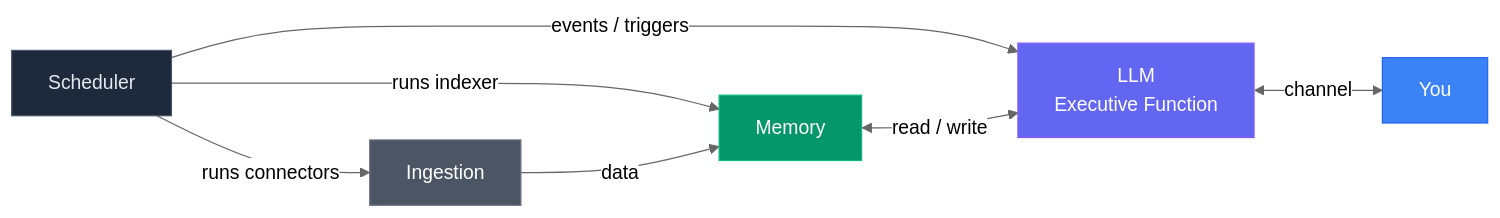
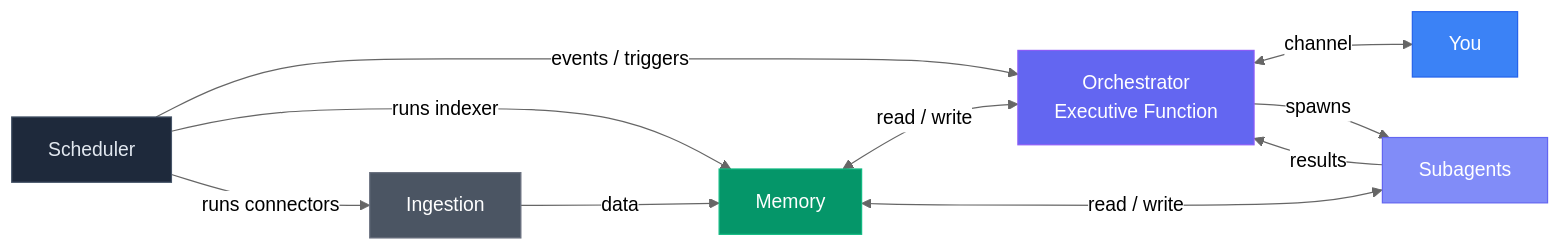
Before and after one commit to bwelker/Edwin: the diagram in README.md, drawn with Mermaid (neutral theme).

Commit message:
readme: add orchestrator/subagent pattern to cognitive model diagram
Shows the core architecture: orchestrator talks to you, spawns subagents
for all work, subagents read/write memory independently.

````diff
--- a/README.md
+++ b/README.md
@@ -103,15 +103,19 @@
 ```mermaid
 graph LR
     JH[Scheduler] -->|runs connectors| IG[Ingestion]
     JH -->|runs indexer| MM[Memory]
-    JH -->|events / triggers| LLM[LLM<br/>Executive Function]
+    JH -->|events / triggers| LLM[Orchestrator<br/>Executive Function]
     IG -->|data| MM
     MM <-->|read / write| LLM
     LLM <-->|channel| U[You]
+    LLM -->|spawns| SA[Subagents]
+    SA -->|results| LLM
+    SA <-->|read / write| MM
 
     style LLM fill:#6366f1,stroke:#8b5cf6,color:#fff
+    style SA fill:#818cf8,stroke:#6366f1,color:#fff
     style MM fill:#059669,stroke:#10b981,color:#fff
     style U fill:#3b82f6,stroke:#2563eb,color:#fff
     style IG fill:#4b5563,stroke:#6b7280,color:#fff
     style JH fill:#1e293b,stroke:#475569,color:#e2e8f0
 ```
````
